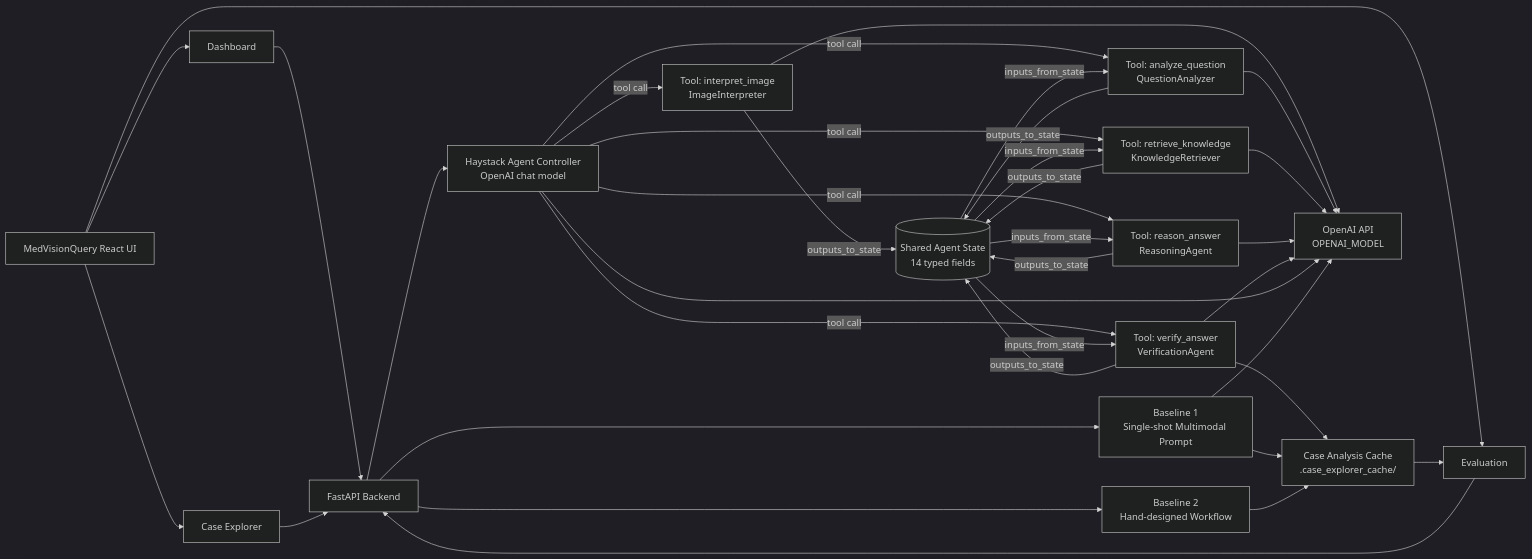
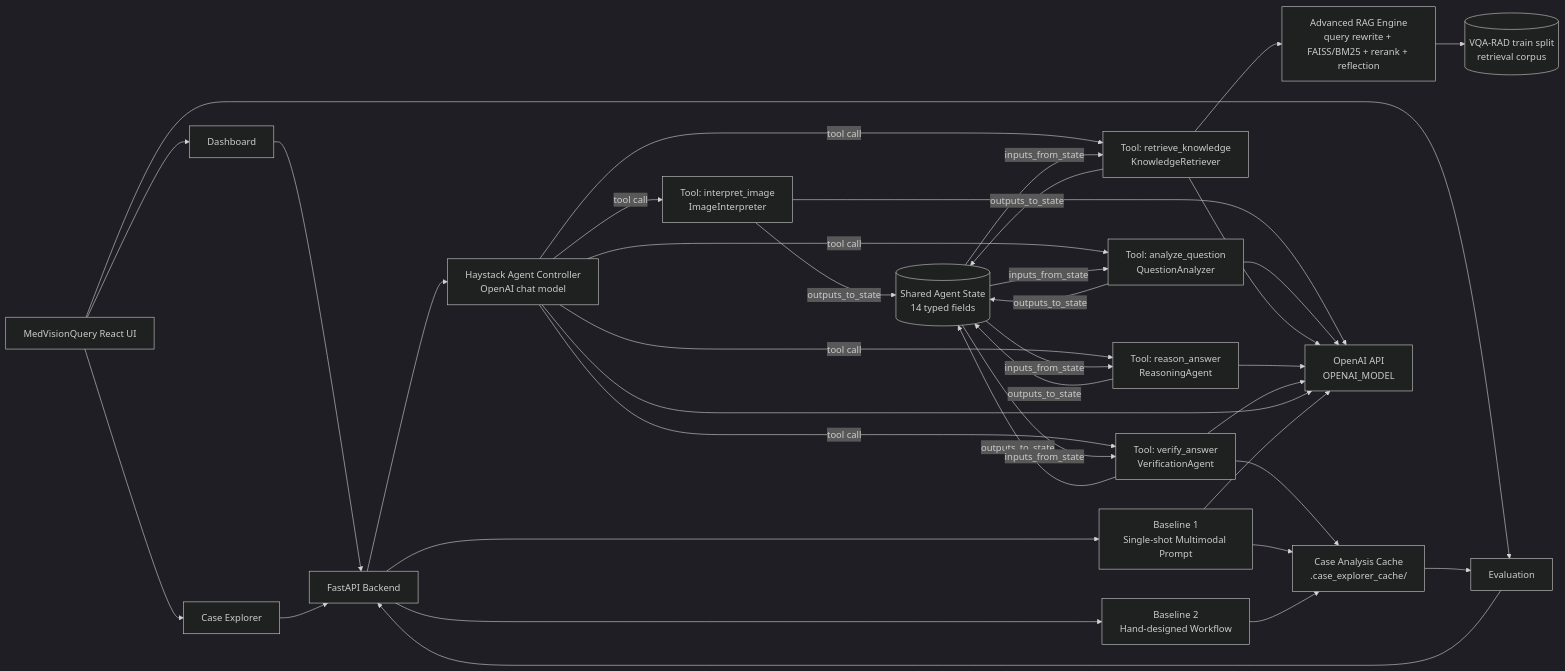
Before and after one commit to clarence-ck/med-vqa-rad-agentic: the diagram in README.md, drawn with Mermaid (dark theme). The commit also changed other lines of this file and 2 other files, not shown here.

Commit message:
docs: Update system architecture diagram to reflect Advanced RAG integration and simplify layout to left-to-right orchestration flow.

````diff
--- a/README.md
+++ b/README.md
@@ -47,50 +47,53 @@
 ```mermaid
 flowchart LR
     UI[MedVisionQuery React UI]
     DASH[Dashboard]
     EXP[Case Explorer]
     EVAL[Evaluation]
 
     UI --> DASH
     UI --> EXP
     UI --> EVAL
 
     DASH --> API[FastAPI Backend]
     EXP --> API
     EVAL --> API
 
     API --> ORCH[Haystack Agent Controller\nOpenAI chat model]
 
     ORCH -->|tool call| T1[Tool: interpret_image\nImageInterpreter]
     ORCH -->|tool call| T2[Tool: analyze_question\nQuestionAnalyzer]
     ORCH -->|tool call| T3[Tool: retrieve_knowledge\nKnowledgeRetriever]
     ORCH -->|tool call| T4[Tool: reason_answer\nReasoningAgent]
     ORCH -->|tool call| T5[Tool: verify_answer\nVerificationAgent]
 
     T1 -->|outputs_to_state| STATE[(Shared Agent State\n14 typed fields)]
     T2 -->|outputs_to_state| STATE
     T3 -->|outputs_to_state| STATE
     T4 -->|outputs_to_state| STATE
     T5 -->|outputs_to_state| STATE
 
     STATE -->|inputs_from_state| T2
     STATE -->|inputs_from_state| T3
     STATE -->|inputs_from_state| T4
     STATE -->|inputs_from_state| T5
 
     API --> B1[Baseline 1\nSingle-shot Multimodal Prompt]
     API --> B2[Baseline 2\nHand-designed Workflow]
 
+    T3 --> RAG[Advanced RAG Engine\nquery rewrite + FAISS/BM25 + rerank + reflection]
+    RAG --> TRAIN[(VQA-RAD train split\nretrieval corpus)]
+
     T5 --> CACHE[Case Analysis Cache\n.case_explorer_cache/]
     B1 --> CACHE
     B2 --> CACHE
     CACHE --> EVAL
 
     T1 --> LLM[OpenAI API\nOPENAI_MODEL]
     T2 --> LLM
     T3 --> LLM
     T4 --> LLM
     T5 --> LLM
     ORCH --> LLM
     B1 --> LLM
 ```
````
